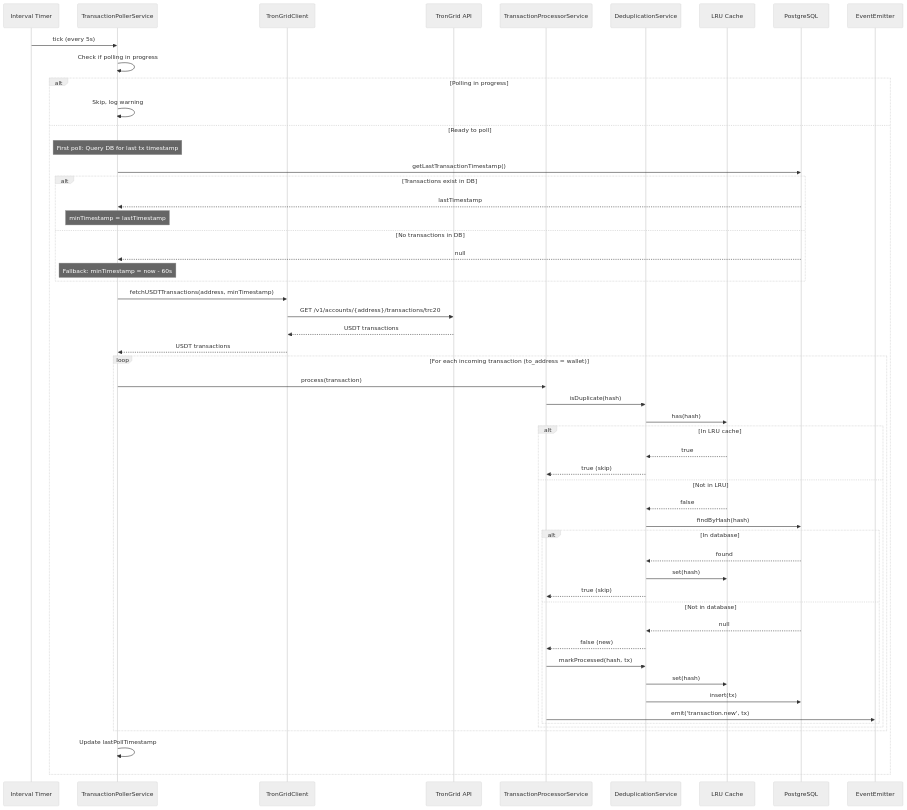
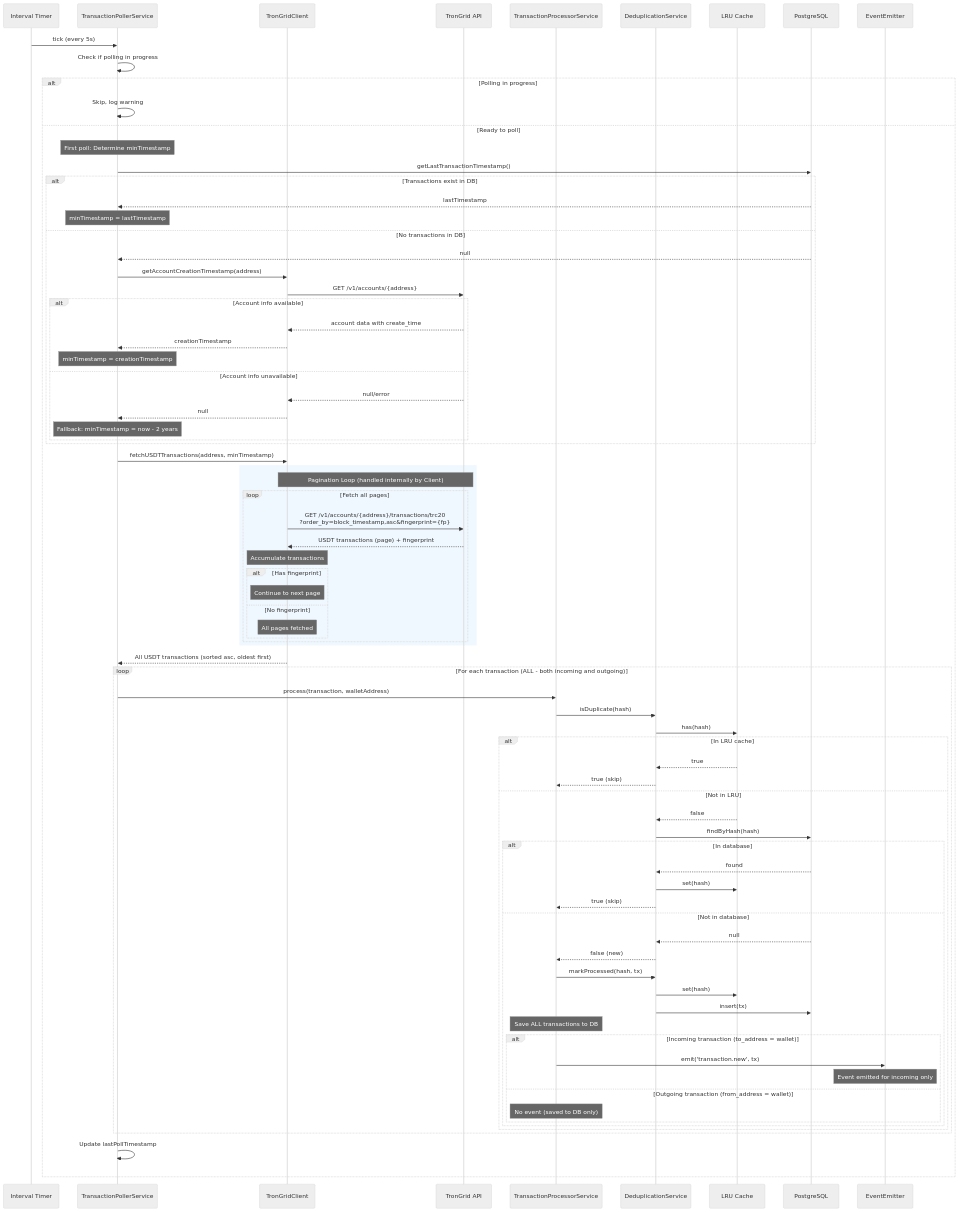
One commit to tundraray/payping_bot changed the second of 3 diagrams in docs/design/blockchain-monitoring-design.md. Above: the diagram before and after it, drawn with Mermaid (neutral theme). The commit also changed other lines of this file and 9 other files, not shown here.

```diff
--- a/docs/design/blockchain-monitoring-design.md
+++ b/docs/design/blockchain-monitoring-design.md
@@ -286,22 +299,45 @@
     alt Polling in progress
         Poller->>Poller: Skip, log warning
     else Ready to poll
-        Note over Poller: First poll: Query DB for last tx timestamp
+        Note over Poller: First poll: Determine minTimestamp
         Poller->>DB: getLastTransactionTimestamp()
         alt Transactions exist in DB
             DB-->>Poller: lastTimestamp
             Note over Poller: minTimestamp = lastTimestamp
         else No transactions in DB
             DB-->>Poller: null
-            Note over Poller: Fallback: minTimestamp = now - 60s
+            Poller->>Client: getAccountCreationTimestamp(address)
+            Client->>TG: GET /v1/accounts/{address}
+            alt Account info available
+                TG-->>Client: account data with create_time
+                Client-->>Poller: creationTimestamp
+                Note over Poller: minTimestamp = creationTimestamp
+            else Account info unavailable
+                TG-->>Client: null/error
+                Client-->>Poller: null
+                Note over Poller: Fallback: minTimestamp = now - 2 years
+            end
         end
+
         Poller->>Client: fetchUSDTTransactions(address, minTimestamp)
-        Client->>TG: GET /v1/accounts/{address}/transactions/trc20
-        TG-->>Client: USDT transactions
-        Client-->>Poller: USDT transactions
 
-        loop For each incoming transaction (to_address = wallet)
-            Poller->>Processor: process(transaction)
+        rect rgb(240, 248, 255)
+            Note over Client,TG: Pagination Loop (handled internally by Client)
+            loop Fetch all pages
+                Client->>TG: GET /v1/accounts/{address}/transactions/trc20<br/>?order_by=block_timestamp,asc&fingerprint={fp}
+                TG-->>Client: USDT transactions (page) + fingerprint
+                Note over Client: Accumulate transactions
+                alt Has fingerprint
+                    Note over Client: Continue to next page
+                else No fingerprint
+                    Note over Client: All pages fetched
+                end
+            end
+        end
+        Client-->>Poller: All USDT transactions (sorted asc, oldest first)
+
+        loop For each transaction (ALL - both incoming and outgoing)
+            Poller->>Processor: process(transaction, walletAddress)
             Processor->>Dedup: isDuplicate(hash)
             Dedup->>LRU: has(hash)
             alt In LRU cache
@@ -320,7 +356,14 @@
                     Processor->>Dedup: markProcessed(hash, tx)
                     Dedup->>LRU: set(hash)
                     Dedup->>DB: insert(tx)
-                    Processor->>Events: emit('transaction.new', tx)
+                    Note over Processor: Save ALL transactions to DB
+
+                    alt Incoming transaction (to_address = wallet)
+                        Processor->>Events: emit('transaction.new', tx)
+                        Note over Events: Event emitted for incoming only
+                    else Outgoing transaction (from_address = wallet)
+                        Note over Processor: No event (saved to DB only)
+                    end
                 end
             end
         end
```
